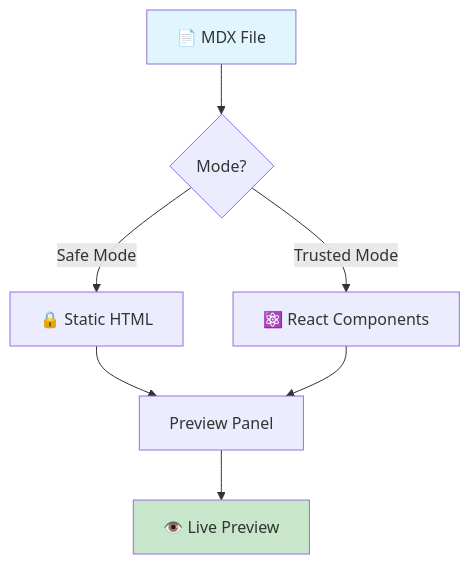
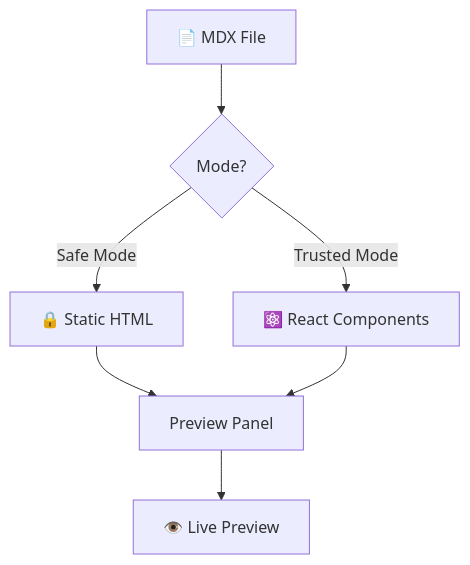
Before and after one commit to ggfincke/vsc-mdx-preview: the first of 6 diagrams in examples/basic/README.mdx, drawn with Mermaid. The commit also changed 10 other files, not shown here.

Commit message:
feat(themes): add configurable Mermaid diagram theme setting

````diff
--- a/examples/basic/README.mdx
+++ b/examples/basic/README.mdx
@@ -341,12 +341,9 @@
 ```mermaid
 graph TD
     A[📄 MDX File] --> B{Mode?}
     B -->|Safe Mode| C[🔒 Static HTML]
     B -->|Trusted Mode| D[⚛️ React Components]
     C --> E[Preview Panel]
     D --> E
     E --> F[👁️ Live Preview]
-
-    style A fill:#e1f5fe
-    style F fill:#c8e6c9
 ```
````
